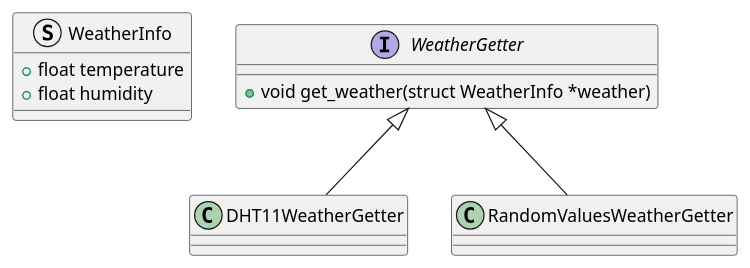
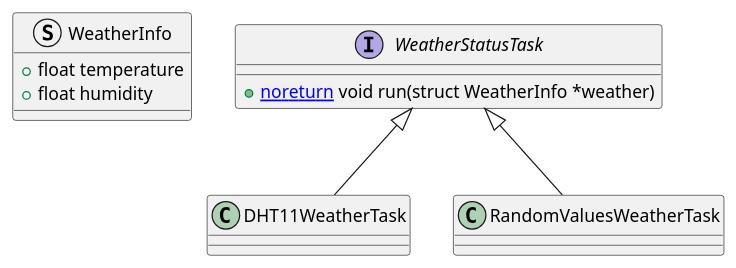
One commit to Beloin/LCD_Rasp_Weather changed the diagram in docs/weather.puml. Above: the diagram before and after it, drawn with PlantUML. The commit also changed 2 other files, not shown here.

Commit message:
Updated README.md and schematics

```diff
--- a/docs/weather.puml
+++ b/docs/weather.puml
@@ -1,16 +1,16 @@
 @startuml Weather UML
 
 
 struct WeatherInfo {
     + float temperature
     + float humidity
 }
 
-interface WeatherGetter {
-    + void get_weather(struct WeatherInfo *weather)
+interface WeatherStatusTask {
+    + [[noreturn]] void run(struct WeatherInfo *weather)
 }
 
-WeatherGetter <|-- DHT11WeatherGetter
-WeatherGetter <|-- RandomValuesWeatherGetter
+WeatherStatusTask <|-- DHT11WeatherTask
+WeatherStatusTask <|-- RandomValuesWeatherTask
 
 @enduml
```
